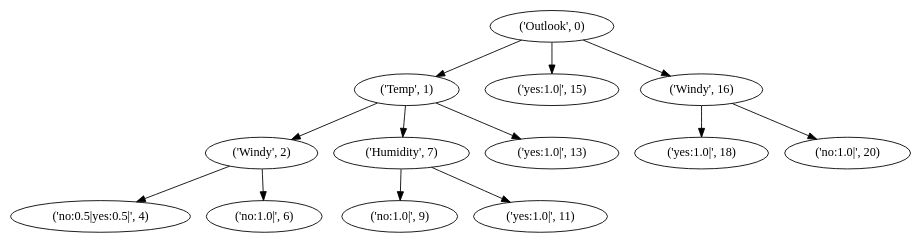
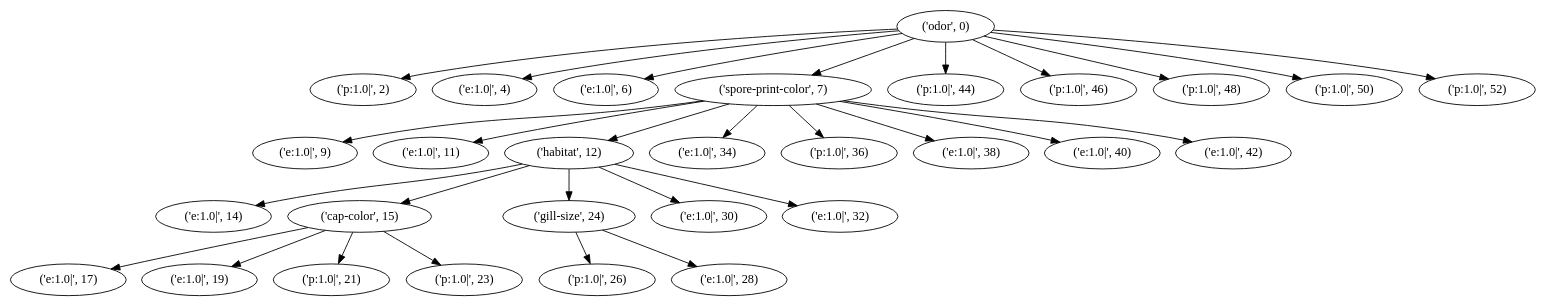
The diagram in test.dot (rafallewanczyk/ID3-grzyby), drawn with Graphviz before and after one commit. The commit also changed 2 other files, not shown here.

```diff
--- a/test.dot
+++ b/test.dot
@@ -1,14 +1,30 @@
 strict digraph "" {
-	"('Outlook', 0)" -> "('Temp', 1)"	 [user_data=rainy];
-	"('Outlook', 0)" -> "('yes:1.0|', 15)"	 [user_data=overcast];
-	"('Outlook', 0)" -> "('Windy', 16)"	 [user_data=sunny];
-	"('Temp', 1)" -> "('Windy', 2)"	 [user_data=hot];
-	"('Temp', 1)" -> "('Humidity', 7)"	 [user_data=mild];
-	"('Temp', 1)" -> "('yes:1.0|', 13)"	 [user_data=cool];
-	"('Windy', 2)" -> "('no:0.5|yes:0.5|', 4)"	 [user_data=false];
-	"('Windy', 2)" -> "('no:1.0|', 6)"	 [user_data=true];
-	"('Humidity', 7)" -> "('no:1.0|', 9)"	 [user_data=high];
-	"('Humidity', 7)" -> "('yes:1.0|', 11)"	 [user_data=normal];
-	"('Windy', 16)" -> "('yes:1.0|', 18)"	 [user_data=false];
-	"('Windy', 16)" -> "('no:1.0|', 20)"	 [user_data=true];
+	"('odor', 0)" -> "('p:1.0|', 2)"	 [user_data=p];
+	"('odor', 0)" -> "('e:1.0|', 4)"	 [user_data=a];
+	"('odor', 0)" -> "('e:1.0|', 6)"	 [user_data=l];
+	"('odor', 0)" -> "('spore-print-color', 7)"	 [user_data=n];
+	"('odor', 0)" -> "('p:1.0|', 44)"	 [user_data=f];
+	"('odor', 0)" -> "('p:1.0|', 46)"	 [user_data=c];
+	"('odor', 0)" -> "('p:1.0|', 48)"	 [user_data=y];
+	"('odor', 0)" -> "('p:1.0|', 50)"	 [user_data=s];
+	"('odor', 0)" -> "('p:1.0|', 52)"	 [user_data=m];
+	"('spore-print-color', 7)" -> "('e:1.0|', 9)"	 [user_data=n];
+	"('spore-print-color', 7)" -> "('e:1.0|', 11)"	 [user_data=k];
+	"('spore-print-color', 7)" -> "('habitat', 12)"	 [user_data=w];
+	"('spore-print-color', 7)" -> "('e:1.0|', 34)"	 [user_data=h];
+	"('spore-print-color', 7)" -> "('p:1.0|', 36)"	 [user_data=r];
+	"('spore-print-color', 7)" -> "('e:1.0|', 38)"	 [user_data=o];
+	"('spore-print-color', 7)" -> "('e:1.0|', 40)"	 [user_data=y];
+	"('spore-print-color', 7)" -> "('e:1.0|', 42)"	 [user_data=b];
+	"('habitat', 12)" -> "('e:1.0|', 14)"	 [user_data=w];
+	"('habitat', 12)" -> "('cap-color', 15)"	 [user_data=l];
+	"('habitat', 12)" -> "('gill-size', 24)"	 [user_data=d];
+	"('habitat', 12)" -> "('e:1.0|', 30)"	 [user_data=g];
+	"('habitat', 12)" -> "('e:1.0|', 32)"	 [user_data=p];
+	"('cap-color', 15)" -> "('e:1.0|', 17)"	 [user_data=c];
+	"('cap-color', 15)" -> "('e:1.0|', 19)"	 [user_data=n];
+	"('cap-color', 15)" -> "('p:1.0|', 21)"	 [user_data=w];
+	"('cap-color', 15)" -> "('p:1.0|', 23)"	 [user_data=y];
+	"('gill-size', 24)" -> "('p:1.0|', 26)"	 [user_data=n];
+	"('gill-size', 24)" -> "('e:1.0|', 28)"	 [user_data=b];
 }
```
